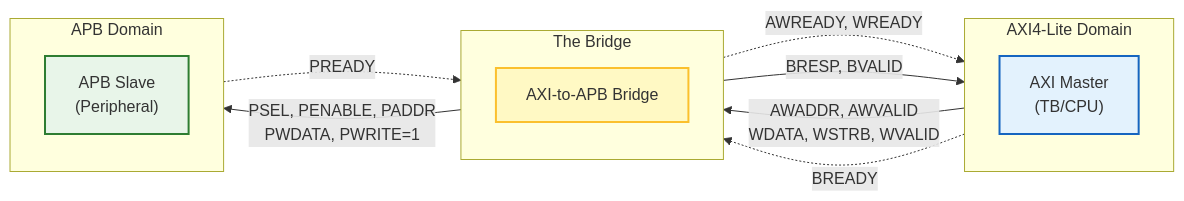
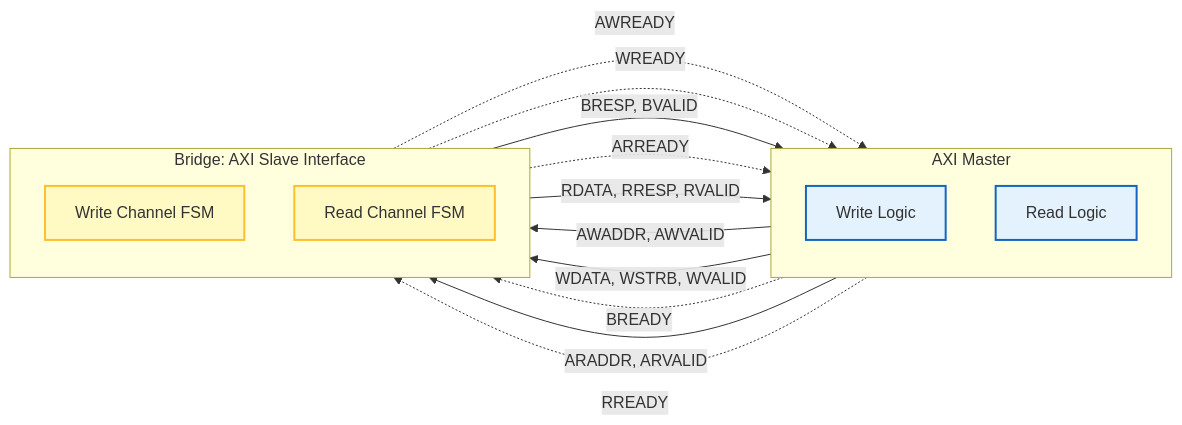
One commit to noammalca1/AXI4-Lite-to-APB-Bridge-with-Asynchronous-CDC changed the third of 3 diagrams in README.md. Above: the diagram before and after it, drawn with Mermaid.

````diff
--- a/README.md
+++ b/README.md
@@ -104,39 +104,38 @@
 ```mermaid
 graph LR
-    %% Definitions and Styles
-    subgraph AXI_Side [AXI4-Lite Domain]
+    %% Definitions
+    subgraph AXI_Master_Node [AXI Master]
         direction TB
-        AXI_M["AXI Master<br/>(TB/CPU)"]
-    end
-    
-    subgraph Bridge_Scope [The Bridge]
-        direction TB
-        DUT["AXI-to-APB Bridge"]
+        M_WR["Write Logic"]
+        M_RD["Read Logic"]
     end
 
-    subgraph APB_Side [APB Domain]
+    subgraph AXI_Slave_Node [Bridge: AXI Slave Interface]
         direction TB
-        APB_S["APB Slave<br/>(Peripheral)"]
+        S_WR["Write Channel FSM"]
+        S_RD["Read Channel FSM"]
     end
 
     %% Styles
     classDef master fill:#e3f2fd,stroke:#1565c0,stroke-width:2px;
-    classDef bridge fill:#fff9c4,stroke:#fbc02d,stroke-width:2px;
-    classDef slave fill:#e8f5e9,stroke:#2e7d32,stroke-width:2px;
+    classDef slave fill:#fff9c4,stroke:#fbc02d,stroke-width:2px;
+    class M_WR,M_RD master;
+    class S_WR,S_RD slave;
+
+    %% --- WRITE CHANNEL ---
+    M_WR -- "AWADDR, AWVALID" --> S_WR
+    S_WR -. "AWREADY" .-> M_WR
     
-    class AXI_M master;
-    class DUT bridge;
-    class APB_S slave;
+    M_WR -- "WDATA, WSTRB, WVALID" --> S_WR
+    S_WR -. "WREADY" .-> M_WR
 
-    %% --- STEP 1: AXI Write Request ---
-    AXI_M -- "AWADDR, AWVALID<br/>WDATA, WSTRB, WVALID" --> DUT
-    DUT -. "AWREADY, WREADY" .-> AXI_M
+    S_WR -- "BRESP, BVALID" --> M_WR
+    M_WR -. "BREADY" .-> S_WR
 
-    %% --- STEP 2: APB Write Transaction ---
-    DUT -- "PSEL, PENABLE, PADDR<br/>PWDATA, PWRITE=1" --> APB_S
-    APB_S -. "PREADY" .-> DUT
+    %% --- READ CHANNEL ---
+    M_RD -- "ARADDR, ARVALID" --> S_RD
+    S_RD -. "ARREADY" .-> M_RD
 
-    %% --- STEP 3: AXI Write Response ---
-    DUT -- "BRESP, BVALID" --> AXI_M
-    AXI_M -. "BREADY" .-> DUT
+    S_RD -- "RDATA, RRESP, RVALID" --> M_RD
+    M_RD -. "RREADY" .-> S_RD
 ```
````
